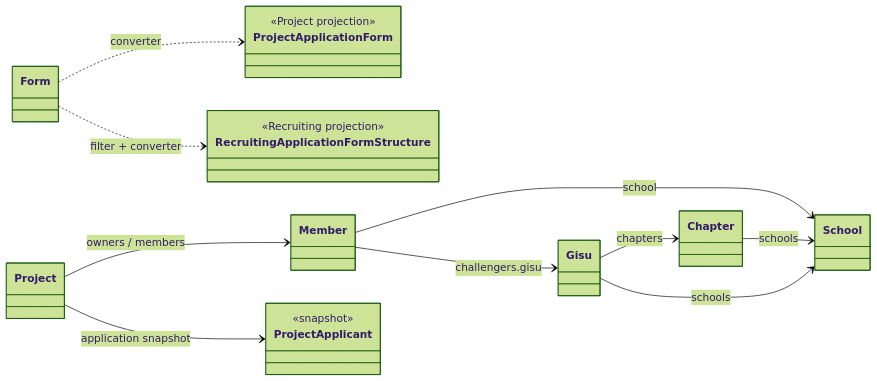
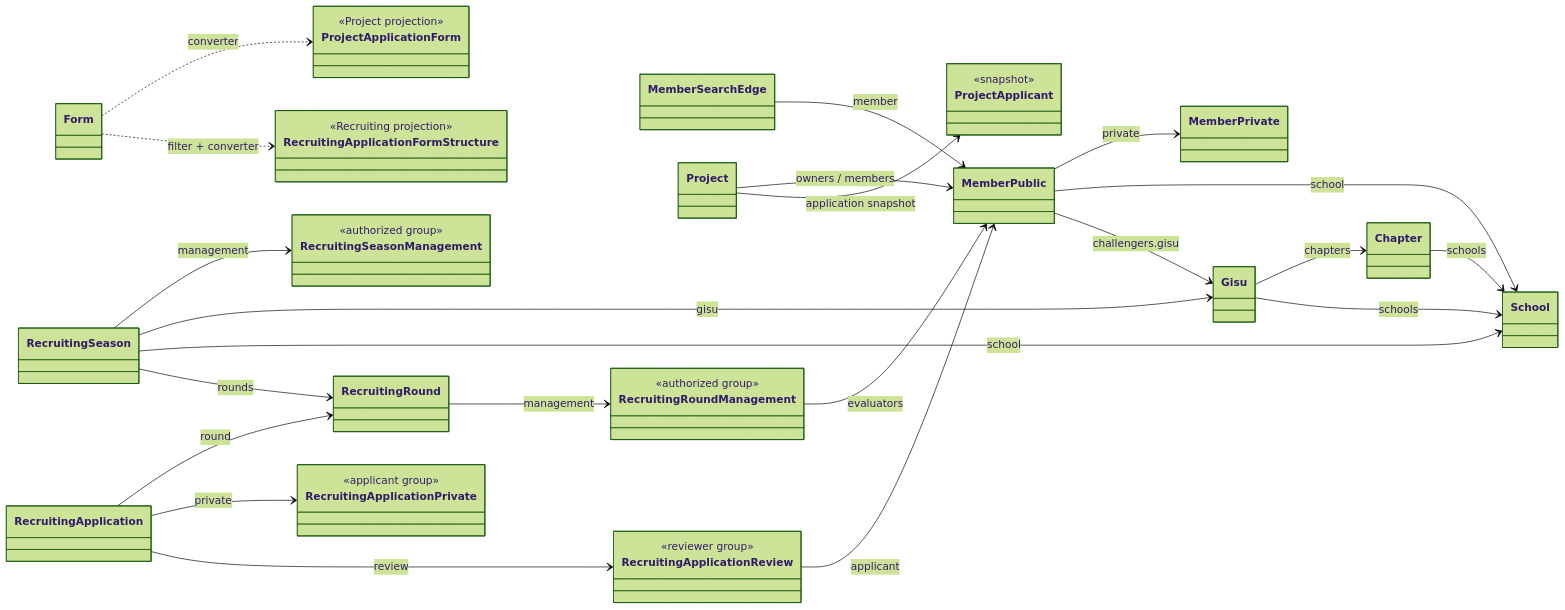
Before and after one commit to UMC-PRODUCT/cygnus-server: the second of 2 diagrams in docs/graphql-schema.md, drawn with Mermaid (forest theme). The commit also changed other lines of this file and 151 other files, not shown here.

Commit message:
refactor: GraphQL canonical resource 구조 재설계

````diff
--- a/docs/graphql-schema.md
+++ b/docs/graphql-schema.md
@@ -22,30 +22,59 @@
 ```mermaid
 classDiagram
   direction LR
 
-  class Member
+  class MemberPublic
+  class MemberPrivate
+  class MemberSearchEdge
   class Gisu
   class Chapter
   class School
   class Form
   class Project
   class ProjectApplicationForm {
     <<Project projection>>
   }
   class RecruitingApplicationFormStructure {
     <<Recruiting projection>>
   }
   class ProjectApplicant {
     <<snapshot>>
   }
+  class RecruitingSeason
+  class RecruitingSeasonManagement {
+    <<authorized group>>
+  }
+  class RecruitingRound
+  class RecruitingRoundManagement {
+    <<authorized group>>
+  }
+  class RecruitingApplication
+  class RecruitingApplicationPrivate {
+    <<applicant group>>
+  }
+  class RecruitingApplicationReview {
+    <<reviewer group>>
+  }
 
-  Member --> School : school
-  Member --> Gisu : challengers.gisu
+  MemberPublic --> MemberPrivate : private
+  MemberSearchEdge --> MemberPublic : member
+  MemberPublic --> School : school
+  MemberPublic --> Gisu : challengers.gisu
   Gisu --> Chapter : chapters
   Gisu --> School : schools
   Chapter --> School : schools
-  Project --> Member : owners / members
+  Project --> MemberPublic : owners / members
   Project --> ProjectApplicant : application snapshot
   Form ..> ProjectApplicationForm : converter
   Form ..> RecruitingApplicationFormStructure : filter + converter
+  RecruitingSeason --> RecruitingSeasonManagement : management
+  RecruitingSeason --> Gisu : gisu
+  RecruitingSeason --> School : school
+  RecruitingSeason --> RecruitingRound : rounds
+  RecruitingRound --> RecruitingRoundManagement : management
+  RecruitingApplication --> RecruitingRound : round
+  RecruitingApplication --> RecruitingApplicationPrivate : private
+  RecruitingApplication --> RecruitingApplicationReview : review
+  RecruitingRoundManagement --> MemberPublic : evaluators
+  RecruitingApplicationReview --> MemberPublic : applicant
 ```
````
